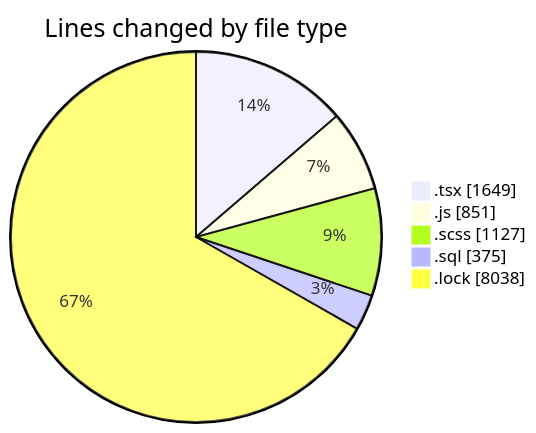
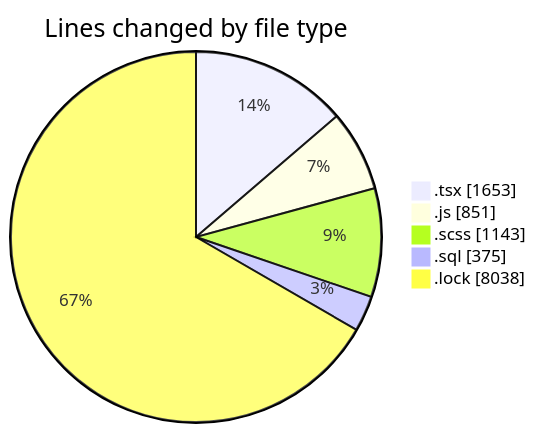
One commit to momahboobian/code-tracking changed the first of 2 diagrams in 2025-03-18/cda/README.md. Above: the diagram before and after it, drawn with Mermaid. The commit also changed other lines of this file and 1 other file, not shown here.

````diff
--- a/2025-03-18/cda/README.md
+++ b/2025-03-18/cda/README.md
@@ -32,9 +32,9 @@
 ```mermaid
 pie showData
 title Lines changed by file type
-".tsx" : 1649
+".tsx" : 1653
 ".js" : 851
-".scss" : 1127
+".scss" : 1143
 ".sql" : 375
 ".lock" : 8038
 ```
````
